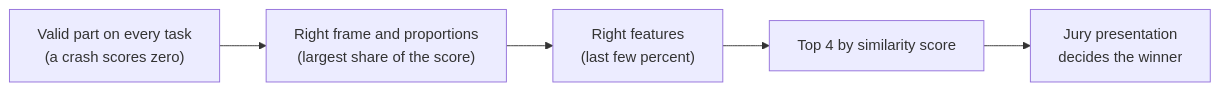
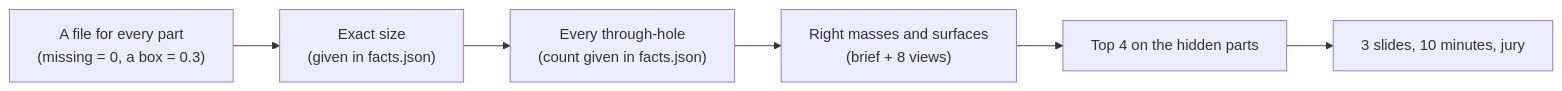
Before and after one commit to rumutaydin/sphere-forge-agent: the first of 4 diagrams in docs/STRATEGY.md, drawn with Mermaid. The commit also changed other lines of this file and 236 other files, not shown here.

````diff
--- a/docs/STRATEGY.md
+++ b/docs/STRATEGY.md
@@ -7,7 +18,8 @@
 ```mermaid
 flowchart LR
-    A["Valid part on every task<br/>(a crash scores zero)"] --> B["Right frame and proportions<br/>(largest share of the score)"]
-    B --> C["Right features<br/>(last few percent)"]
-    C --> D["Top 4 by similarity score"]
-    D --> E["Jury presentation<br/>decides the winner"]
+    A["A file for every part<br/>(missing = 0, a box = 0.3)"] --> B["Exact size<br/>(given in facts.json)"]
+    B --> C["Every through-hole<br/>(count given in facts.json)"]
+    C --> D["Right masses and surfaces<br/>(brief + 8 views)"]
+    D --> E["Top 4 on the hidden parts"]
+    E --> F["3 slides, 10 minutes, jury"]
 ```
````
